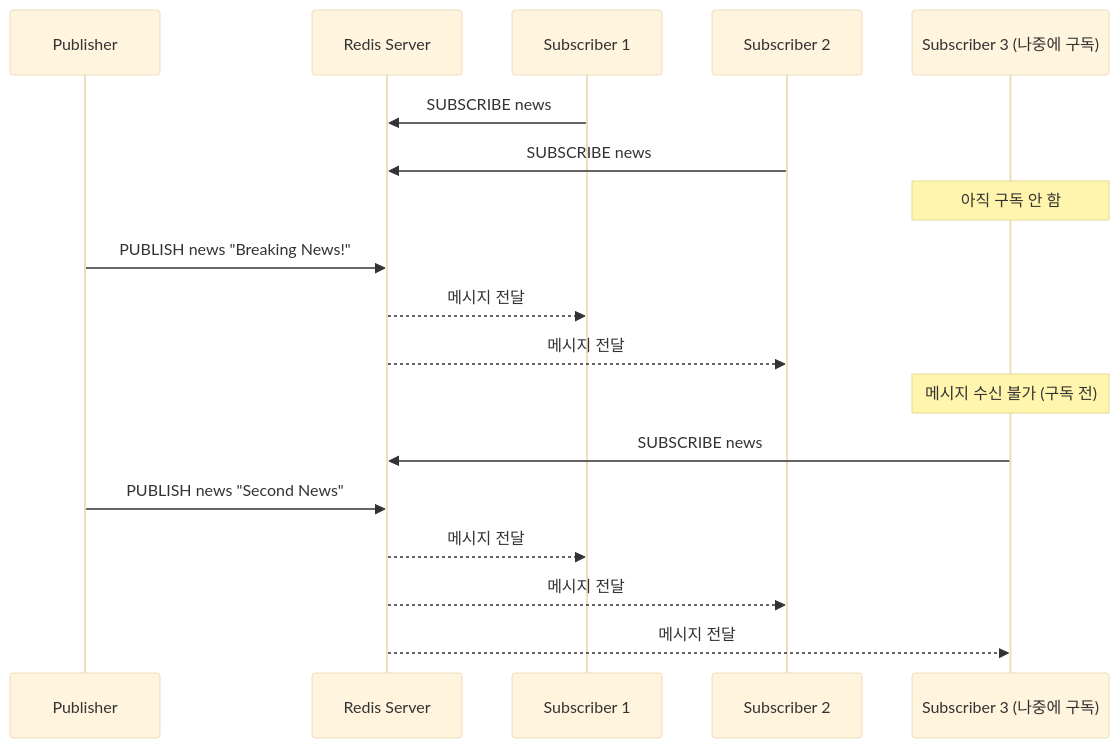
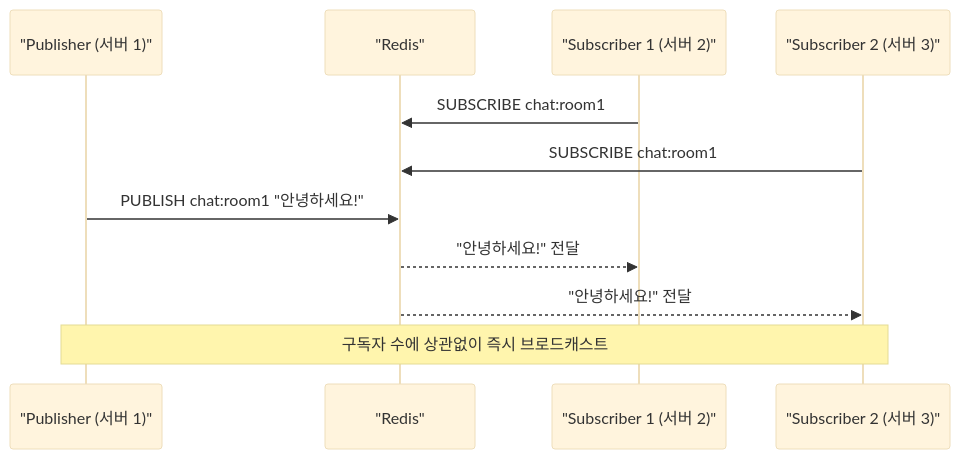
One commit to yjkim2015/yjkim2015.github.io changed the first of 3 diagrams in _posts/redis/2026-05-01-redis-pubsub.md. Above: the diagram before and after it, drawn with Mermaid (base theme). The commit also changed other lines of this file and 122 other files, not shown here.

````diff
--- a/_posts/redis/2026-05-01-redis-pubsub.md
+++ b/_posts/redis/2026-05-01-redis-pubsub.md
@@ -20,23 +19,15 @@
 ```mermaid
 sequenceDiagram
-    participant P as Publisher
-    participant R as Redis Server
-    participant S1 as Subscriber 1
-    participant S2 as Subscriber 2
-    participant S3 as Subscriber 3 (나중에 구독)
+    participant P as "Publisher (서버 1)"
+    participant R as "Redis"
+    participant S1 as "Subscriber 1 (서버 2)"
+    participant S2 as "Subscriber 2 (서버 3)"
 
-    S1->>R: SUBSCRIBE news
-    S2->>R: SUBSCRIBE news
-    Note over S3: 아직 구독 안 함
+    S1->>R: SUBSCRIBE chat:room1
+    S2->>R: SUBSCRIBE chat:room1
 
-    P->>R: PUBLISH news "Breaking News!"
-    R-->>S1: 메시지 전달
-    R-->>S2: 메시지 전달
-    Note over S3: 메시지 수신 불가 (구독 전)
-
-    S3->>R: SUBSCRIBE news
-    P->>R: PUBLISH news "Second News"
-    R-->>S1: 메시지 전달
-    R-->>S2: 메시지 전달
-    R-->>S3: 메시지 전달
+    P->>R: PUBLISH chat:room1 "안녕하세요!"
+    R-->>S1: "안녕하세요!" 전달
+    R-->>S2: "안녕하세요!" 전달
+    Note over P,S2: 구독자 수에 상관없이 즉시 브로드캐스트
 ```
````
